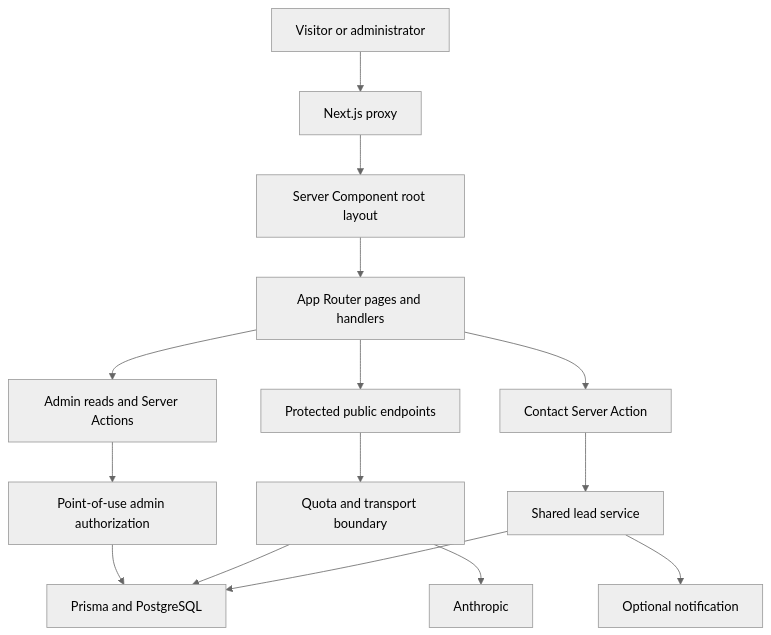
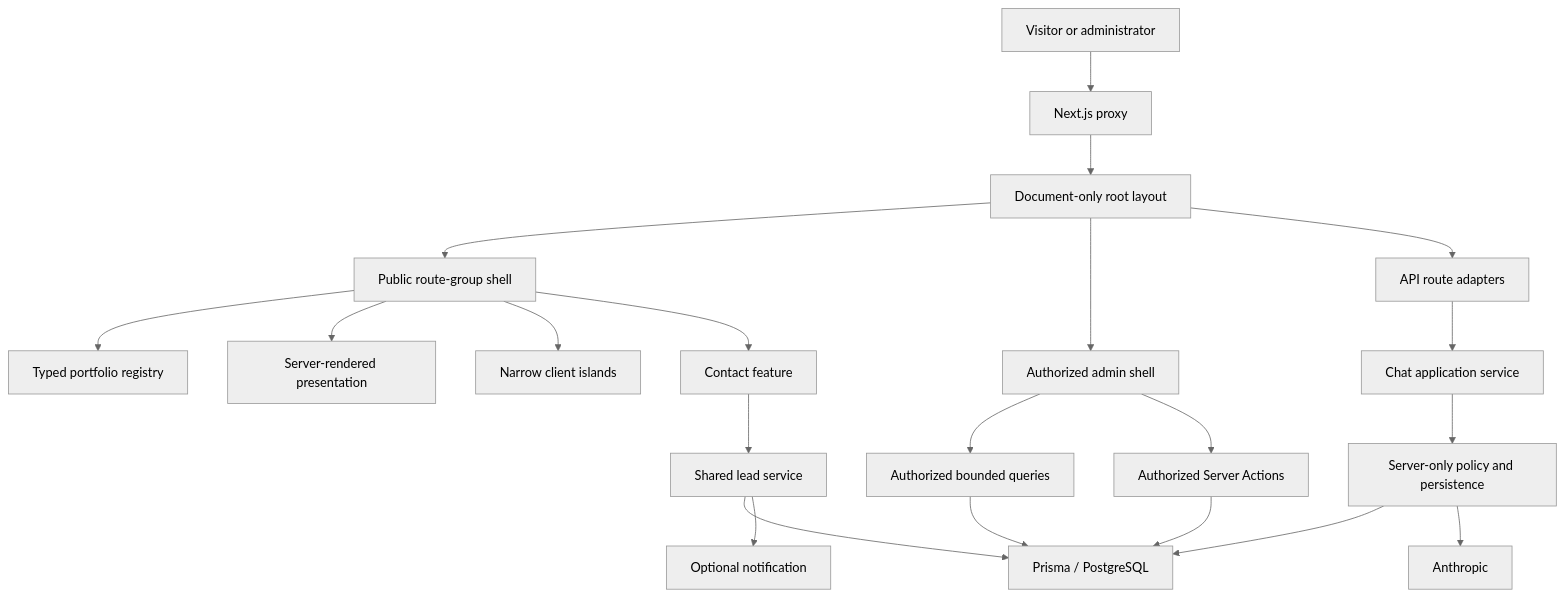
Before and after one commit to insidedopamineacademy-cmd/Business-Inside-Dopamine-Webapp: the diagram in AUDIT.md, drawn with Mermaid (neutral theme). The commit also changed other lines of this file and 124 other files, not shown here.

Commit message:
Complete Phase 2 architecture refactor and documentation sync

````diff
--- a/AUDIT.md
+++ b/AUDIT.md
@@ -27,17 +31,23 @@
 ```mermaid
 flowchart TD
     U["Visitor or administrator"] --> P["Next.js proxy"]
-    P --> L["Server Component root layout"]
-    L --> R["App Router pages and handlers"]
-    R --> AA["Admin reads and Server Actions"]
-    AA --> AUTH["Point-of-use admin authorization"]
-    AUTH --> DB["Prisma and PostgreSQL"]
-    R --> PA["Protected public endpoints"]
-    PA --> LIMIT["Quota and transport boundary"]
-    LIMIT --> AI["Anthropic"]
-    LIMIT --> DB
-    R --> CONTACT["Contact Server Action"]
+    P --> ROOT["Document-only root layout"]
+    ROOT --> PUB["Public route-group shell"]
+    ROOT --> ADM["Authorized admin shell"]
+    ROOT --> API["API route adapters"]
+    PUB --> REG["Typed portfolio registry"]
+    PUB --> SC["Server-rendered presentation"]
+    PUB --> CI["Narrow client islands"]
+    ADM --> Q["Authorized bounded queries"]
+    ADM --> A["Authorized Server Actions"]
+    API --> CHAT["Chat application service"]
+    PUB --> CONTACT["Contact feature"]
+    CHAT --> CORE["Server-only policy and persistence"]
     CONTACT --> LEAD["Shared lead service"]
+    Q --> DB["Prisma / PostgreSQL"]
+    A --> DB
+    CORE --> DB
     LEAD --> DB
+    CORE --> AI["Anthropic"]
     LEAD --> NOTIFY["Optional notification"]
 ```
````
